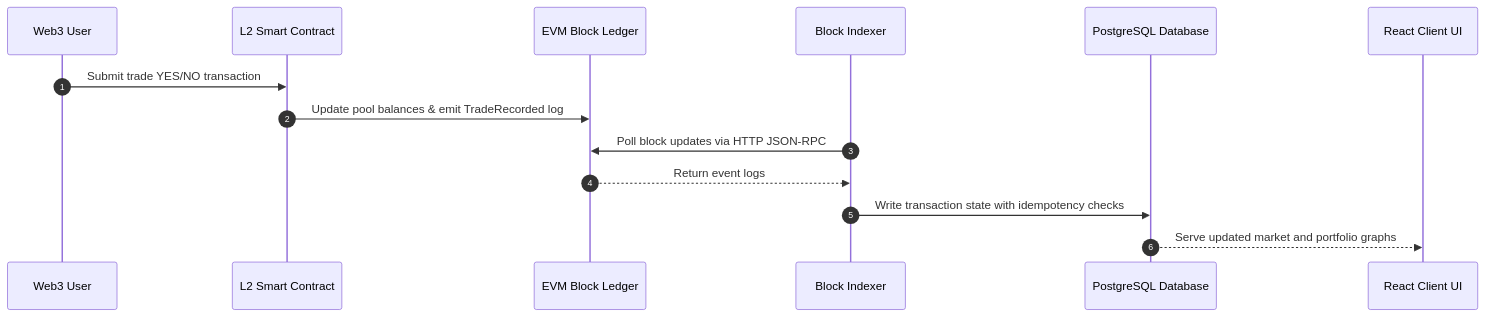
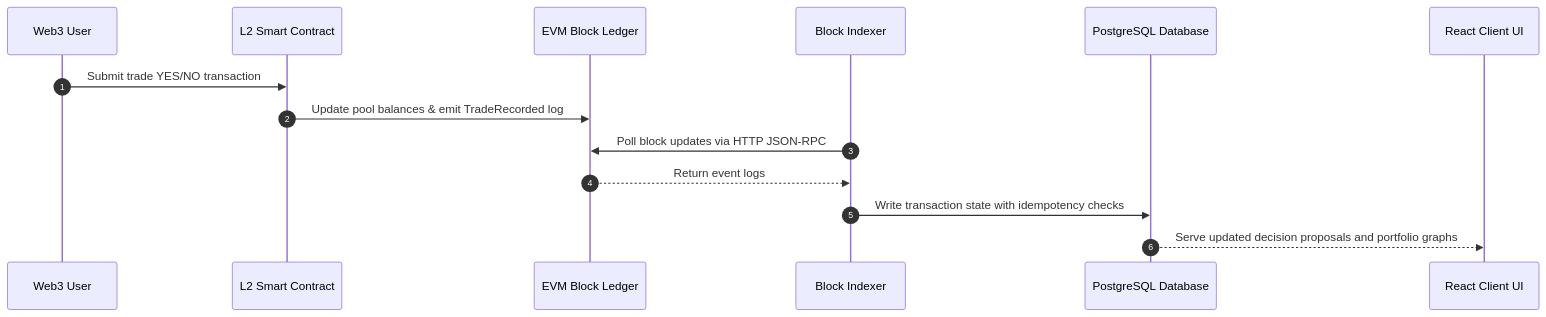
One commit to 0xaje/AiraMarKet changed the second of 2 diagrams in ARCHITECTURE.md. Above: the diagram before and after it, drawn with Mermaid. The commit also changed other lines of this file and 18 other files, not shown here.

````diff
--- a/ARCHITECTURE.md
+++ b/ARCHITECTURE.md
@@ -108,17 +108,17 @@
 ```mermaid
 sequenceDiagram
     autonumber
     participant User as Web3 User
     participant Contract as L2 Smart Contract
     participant Ledger as EVM Block Ledger
     participant Indexer as Block Indexer
     participant Cache as PostgreSQL Database
     participant Client as React Client UI
 
     User->>Contract: Submit trade YES/NO transaction
     Contract->>Ledger: Update pool balances & emit TradeRecorded log
     Indexer->>Ledger: Poll block updates via HTTP JSON-RPC
     Ledger-->>Indexer: Return event logs
     Indexer->>Cache: Write transaction state with idempotency checks
-    Cache-->>Client: Serve updated market and portfolio graphs
+    Cache-->>Client: Serve updated decision proposals and portfolio graphs
 ```
````
